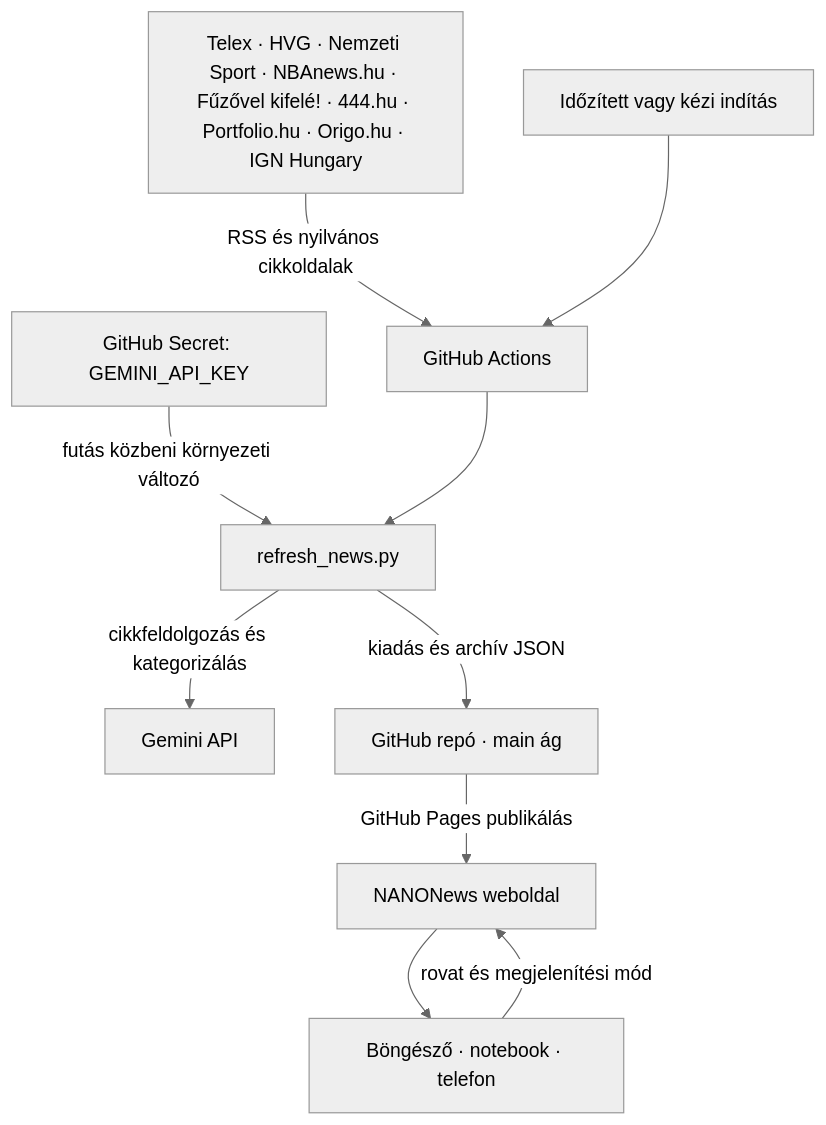
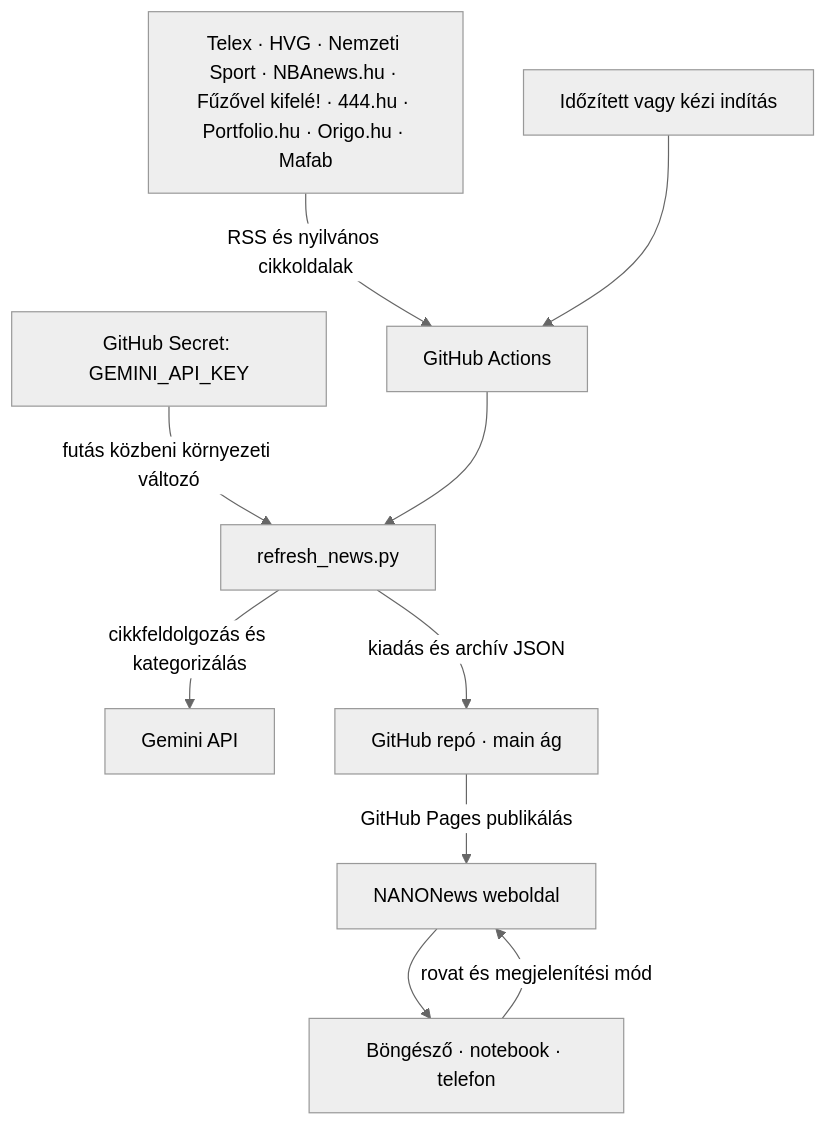
One commit to ngynrbrt-prog/nanonews changed the first of 6 diagrams in Dokumentumok/NANONews-mukodesi-leiras.md. Above: the diagram before and after it, drawn with Mermaid (neutral theme). The commit also changed other lines of this file and 4 other files, not shown here.

Commit message:
Replace IGN Hungary with Mafab RSS

````diff
--- a/Dokumentumok/NANONews-mukodesi-leiras.md
+++ b/Dokumentumok/NANONews-mukodesi-leiras.md
@@ -29,12 +29,12 @@
 ```mermaid
 flowchart TD
-  sources["Telex · HVG · Nemzeti Sport · NBAnews.hu · Fűzővel kifelé! · 444.hu · Portfolio.hu · Origo.hu · IGN Hungary"] -->|RSS és nyilvános cikkoldalak| actions["GitHub Actions"]
+  sources["Telex · HVG · Nemzeti Sport · NBAnews.hu · Fűzővel kifelé! · 444.hu · Portfolio.hu · Origo.hu · Mafab"] -->|RSS és nyilvános cikkoldalak| actions["GitHub Actions"]
   schedule["Időzített vagy kézi indítás"] --> actions
   secret["GitHub Secret: GEMINI_API_KEY"] -->|futás közbeni környezeti változó| worker["refresh_news.py"]
   actions --> worker
   worker -->|cikkfeldolgozás és kategorizálás| gemini["Gemini API"]
   worker -->|kiadás és archív JSON| repo["GitHub repó · main ág"]
   repo -->|GitHub Pages publikálás| site["NANONews weboldal"]
   site --> devices["Böngésző · notebook · telefon"]
   devices -->|rovat és megjelenítési mód| site
 ```
````
